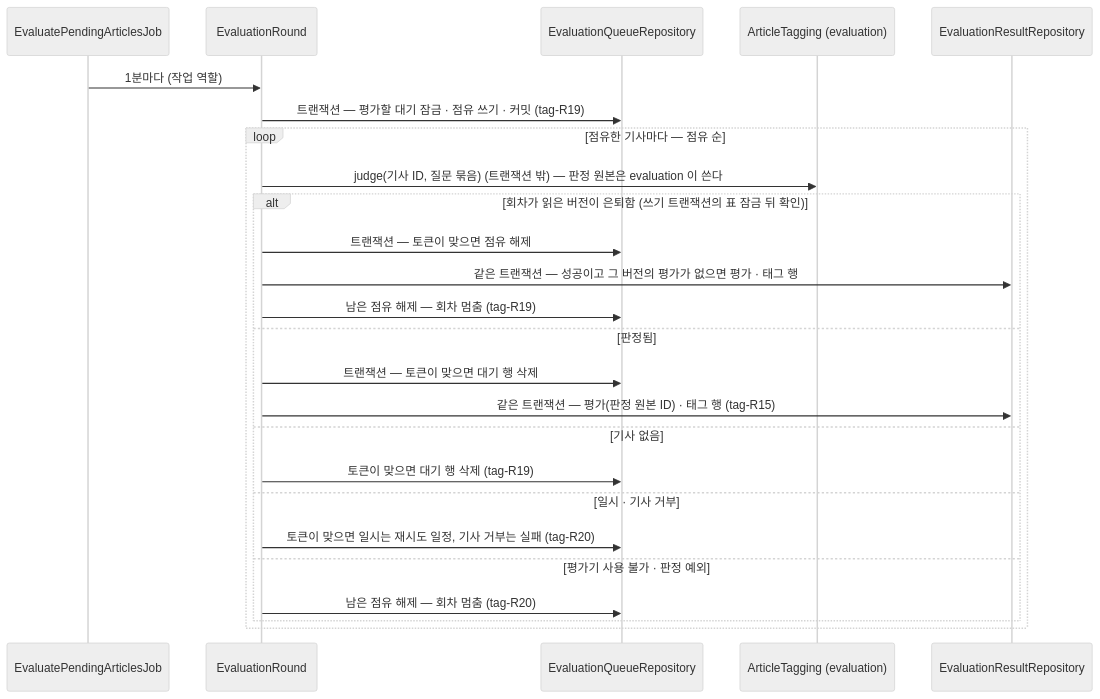
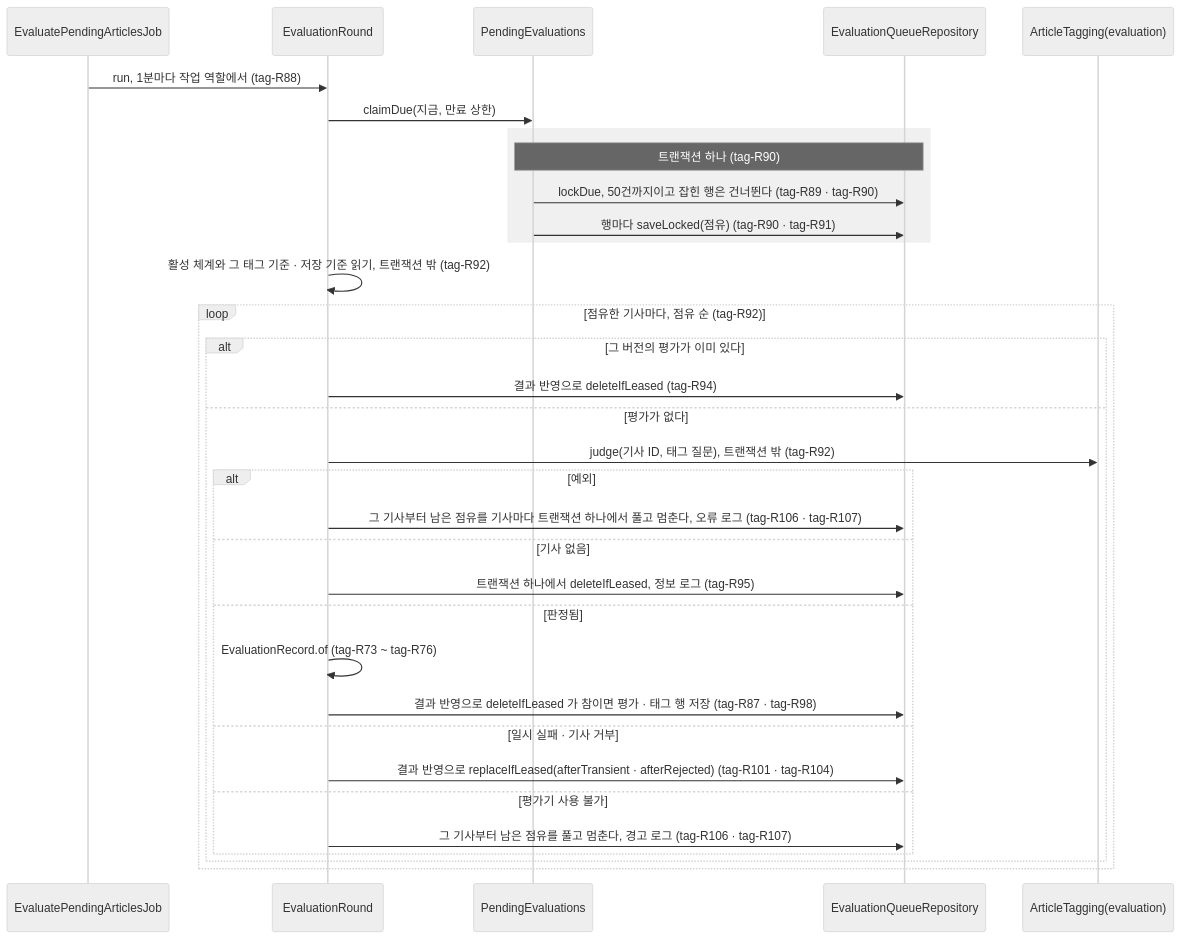
One commit to Theia0382/yozm-news changed the fourth of 8 diagrams in docs/specs/tag.md. Above: the diagram before and after it, drawn with Mermaid (neutral theme). The commit also changed other lines of this file and 2 other files, not shown here.

First line of the commit message:
docs: tag Spec 다시 쓰기 — 규칙 쪼개기 · 시퀀스 그림 · 소유 용어

````diff
--- a/docs/specs/tag.md
+++ b/docs/specs/tag.md
@@ -851,28 +961,36 @@
 ```mermaid
 sequenceDiagram
     participant J as EvaluatePendingArticlesJob
     participant R as EvaluationRound
+    participant P as PendingEvaluations
     participant Q as EvaluationQueueRepository
-    participant E as ArticleTagging (evaluation)
-    participant Res as EvaluationResultRepository
+    participant E as ArticleTagging(evaluation)
 
-    J->>R: 1분마다 (작업 역할)
-    R->>Q: 트랜잭션 — 평가할 대기 잠금 · 점유 쓰기 · 커밋 (tag-R19)
-    loop 점유한 기사마다 — 점유 순
-        R->>E: judge(기사 ID, 질문 묶음) (트랜잭션 밖) — 판정 원본은 evaluation 이 쓴다
-        alt 회차가 읽은 버전이 은퇴함 (쓰기 트랜잭션의 표 잠금 뒤 확인)
-            R->>Q: 트랜잭션 — 토큰이 맞으면 점유 해제
-            R->>Res: 같은 트랜잭션 — 성공이고 그 버전의 평가가 없으면 평가 · 태그 행
-            R->>Q: 남은 점유 해제 — 회차 멈춤 (tag-R19)
-        else 판정됨
-            R->>Q: 트랜잭션 — 토큰이 맞으면 대기 행 삭제
-            R->>Res: 같은 트랜잭션 — 평가(판정 원본 ID) · 태그 행 (tag-R15)
-        else 기사 없음
-            R->>Q: 토큰이 맞으면 대기 행 삭제 (tag-R19)
-        else 일시 · 기사 거부
-            R->>Q: 토큰이 맞으면 일시는 재시도 일정, 기사 거부는 실패 (tag-R20)
-        else 평가기 사용 불가 · 판정 예외
-            R->>Q: 남은 점유 해제 — 회차 멈춤 (tag-R20)
+    J->>R: run, 1분마다 작업 역할에서 (tag-R88)
+    R->>P: claimDue(지금, 만료 상한)
+    rect rgba(128, 128, 128, 0.12)
+    Note over P,Q: 트랜잭션 하나 (tag-R90)
+    P->>Q: lockDue, 50건까지이고 잡힌 행은 건너뛴다 (tag-R89 · tag-R90)
+    P->>Q: 행마다 saveLocked(점유) (tag-R90 · tag-R91)
+    end
+    R->>R: 활성 체계와 그 태그 기준 · 저장 기준 읽기, 트랜잭션 밖 (tag-R92)
+    loop 점유한 기사마다, 점유 순 (tag-R92)
+        alt 그 버전의 평가가 이미 있다
+            R->>Q: 결과 반영으로 deleteIfLeased (tag-R94)
+        else 평가가 없다
+            R->>E: judge(기사 ID, 태그 질문), 트랜잭션 밖 (tag-R92)
+            alt 예외
+                R->>Q: 그 기사부터 남은 점유를 기사마다 트랜잭션 하나에서 풀고 멈춘다, 오류 로그 (tag-R106 · tag-R107)
+            else 기사 없음
+                R->>Q: 트랜잭션 하나에서 deleteIfLeased, 정보 로그 (tag-R95)
+            else 판정됨
+                R->>R: EvaluationRecord.of (tag-R73 ~ tag-R76)
+                R->>Q: 결과 반영으로 deleteIfLeased 가 참이면 평가 · 태그 행 저장 (tag-R87 · tag-R98)
+            else 일시 실패 · 기사 거부
+                R->>Q: 결과 반영으로 replaceIfLeased(afterTransient · afterRejected) (tag-R101 · tag-R104)
+            else 평가기 사용 불가
+                R->>Q: 그 기사부터 남은 점유를 풀고 멈춘다, 경고 로그 (tag-R106 · tag-R107)
+            end
         end
     end
 ```
````
